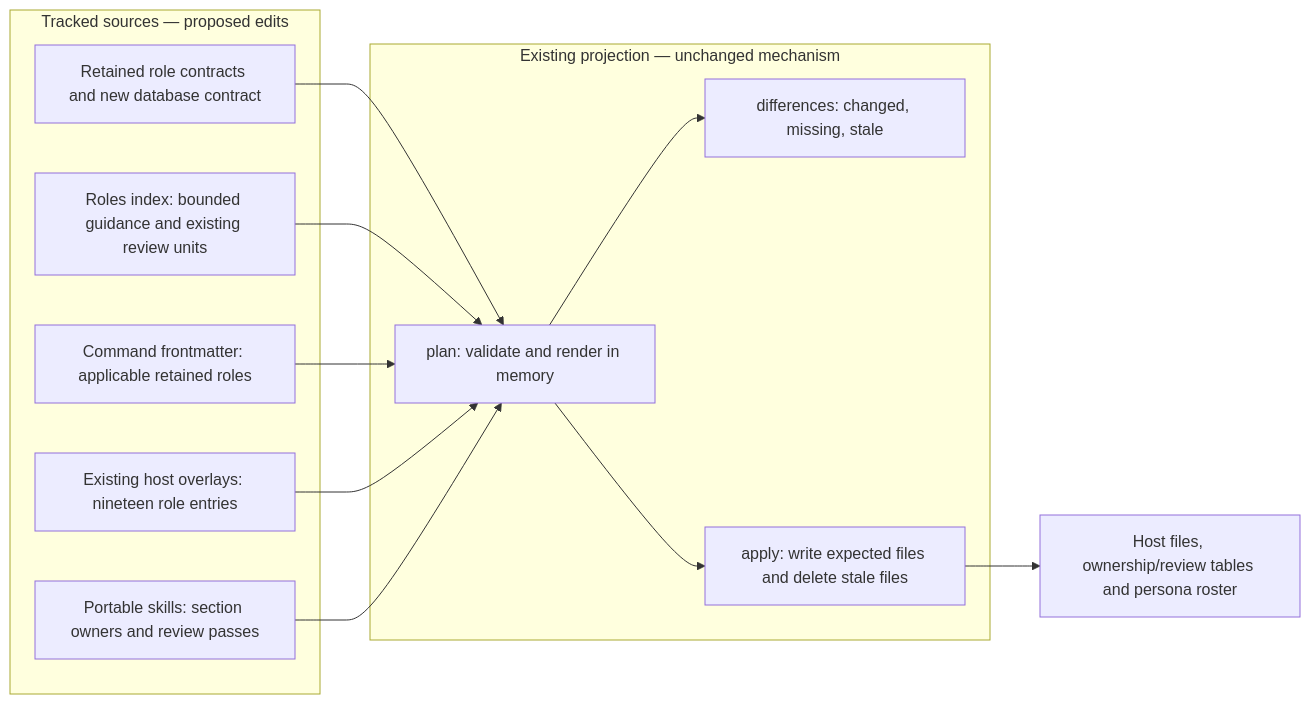
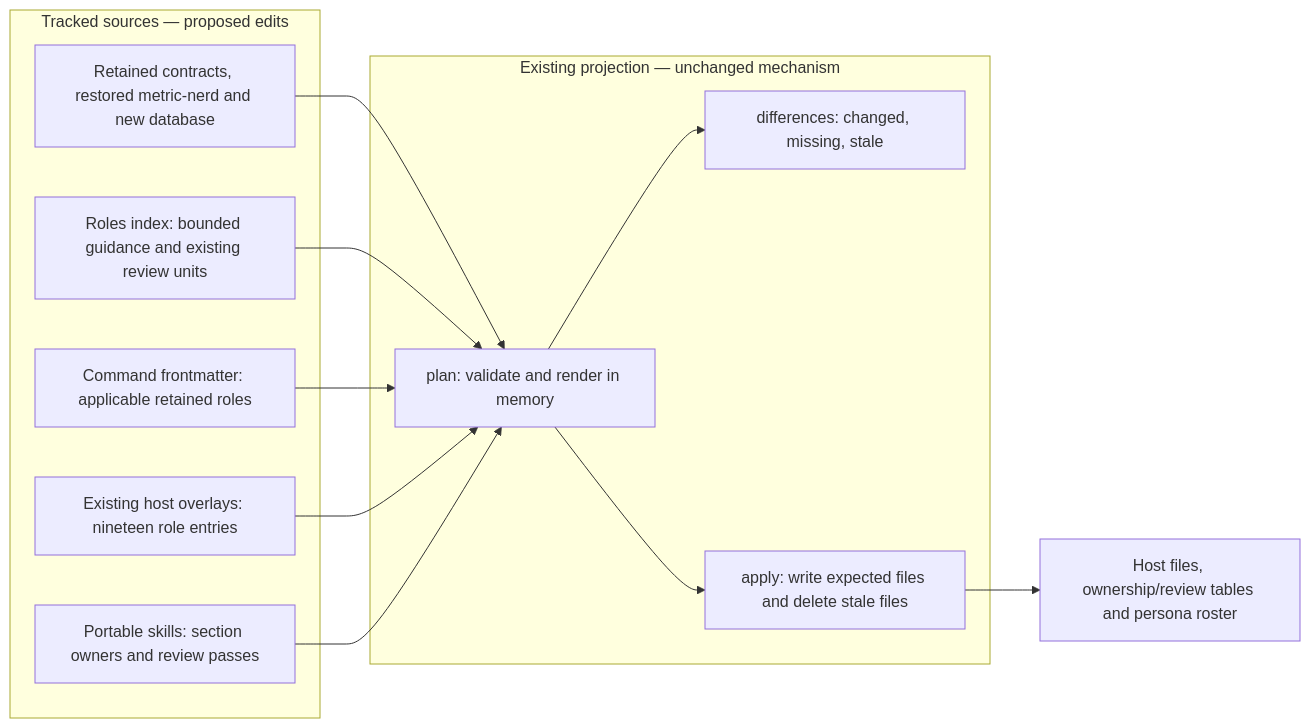
Before and after one commit to RLittlesII/agents: the first of 3 diagrams in agents/.spec/README.md, drawn with Mermaid. The commit also changed other lines of this file, not shown here.

First line of the commit message:
docs(design): reconcile landed role folds

````diff
--- a/agents/.spec/README.md
+++ b/agents/.spec/README.md
@@ -295,19 +305,19 @@
 ```mermaid
 flowchart LR
     subgraph Sources["Tracked sources — proposed edits"]
-        Contracts["Retained role contracts and new database contract"]
+        Contracts["Retained contracts, restored metric-nerd and new database"]
         Index["Roles index: bounded guidance and existing review units"]
         Commands["Command frontmatter: applicable retained roles"]
         Hosts["Existing host overlays: nineteen role entries"]
         Skills["Portable skills: section owners and review passes"]
     end
     subgraph Existing["Existing projection — unchanged mechanism"]
         Plan["plan: validate and render in memory"]
         Check["differences: changed, missing, stale"]
         Apply["apply: write expected files and delete stale files"]
     end
     Contracts & Index & Commands & Hosts & Skills --> Plan
     Plan --> Check
     Plan --> Apply
     Apply --> Outputs["Host files, ownership/review tables and persona roster"]
 ```
````
